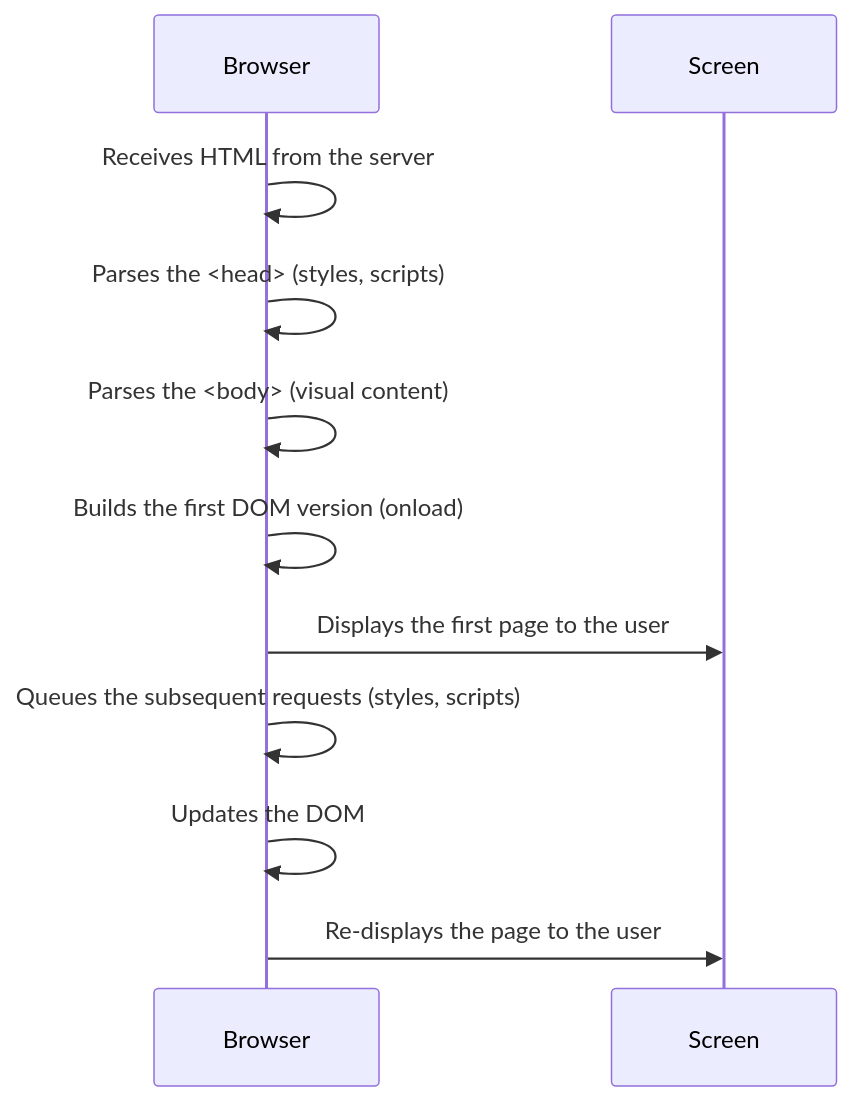
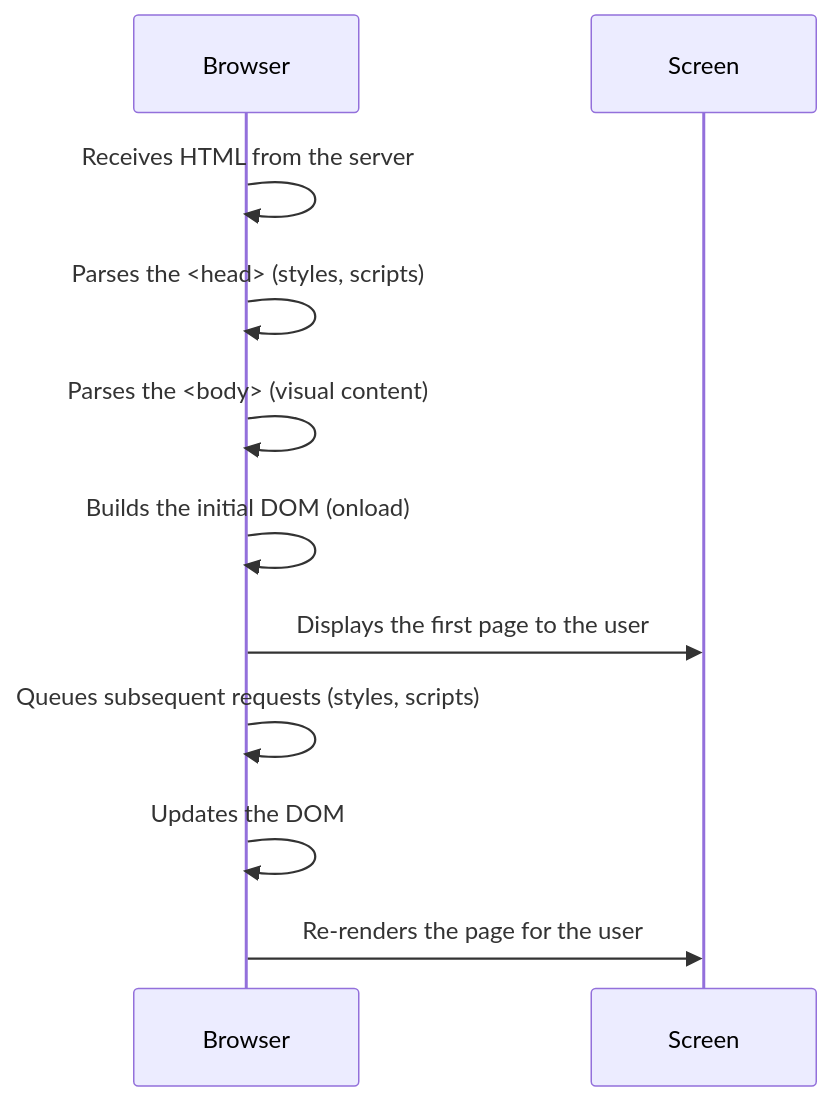
One commit to breatheco-de/mastering-web-dynamics-from-HTTP-to-real-time changed the diagram in lessons/parsing-the-html.md. Above: the diagram before and after it, drawn with Mermaid. The commit also changed other lines of this file and 13 other files, not shown here.

````diff
--- a/lessons/parsing-the-html.md
+++ b/lessons/parsing-the-html.md
@@ -65,13 +73,13 @@
 ```mermaid
 sequenceDiagram
-        participant Browser
+                participant Browser
 
-        Browser->>Browser: Receives HTML from the server
-        Browser->>Browser: Parses the <head> (styles, scripts)
-        Browser->>Browser: Parses the <body> (visual content)
-        Browser->>Browser: Builds the first DOM version (onload)
-        Browser->>Screen: Displays the first page to the user
-        Browser->>Browser: Queues the subsequent requests (styles, scripts)
-        Browser->>Browser: Updates the DOM
-        Browser->>Screen: Re-displays the page to the user
+                Browser->>Browser: Receives HTML from the server
+                Browser->>Browser: Parses the <head> (styles, scripts)
+                Browser->>Browser: Parses the <body> (visual content)
+                Browser->>Browser: Builds the initial DOM (onload)
+                Browser->>Screen: Displays the first page to the user
+                Browser->>Browser: Queues subsequent requests (styles, scripts)
+                Browser->>Browser: Updates the DOM
+                Browser->>Screen: Re-renders the page for the user
 ```
````
